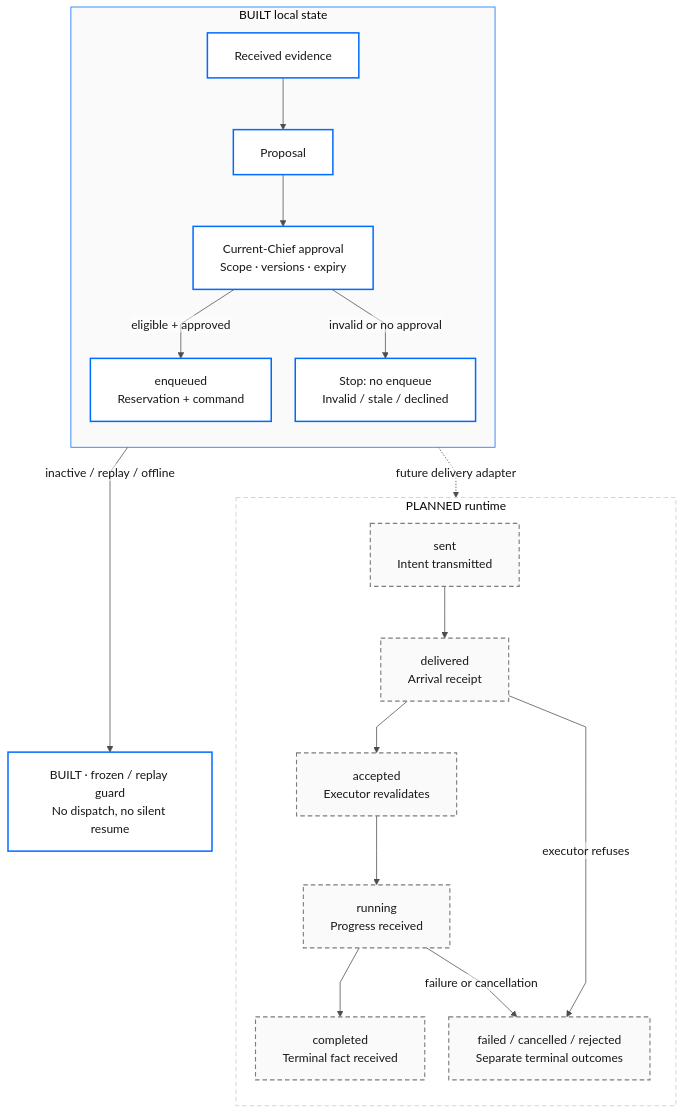
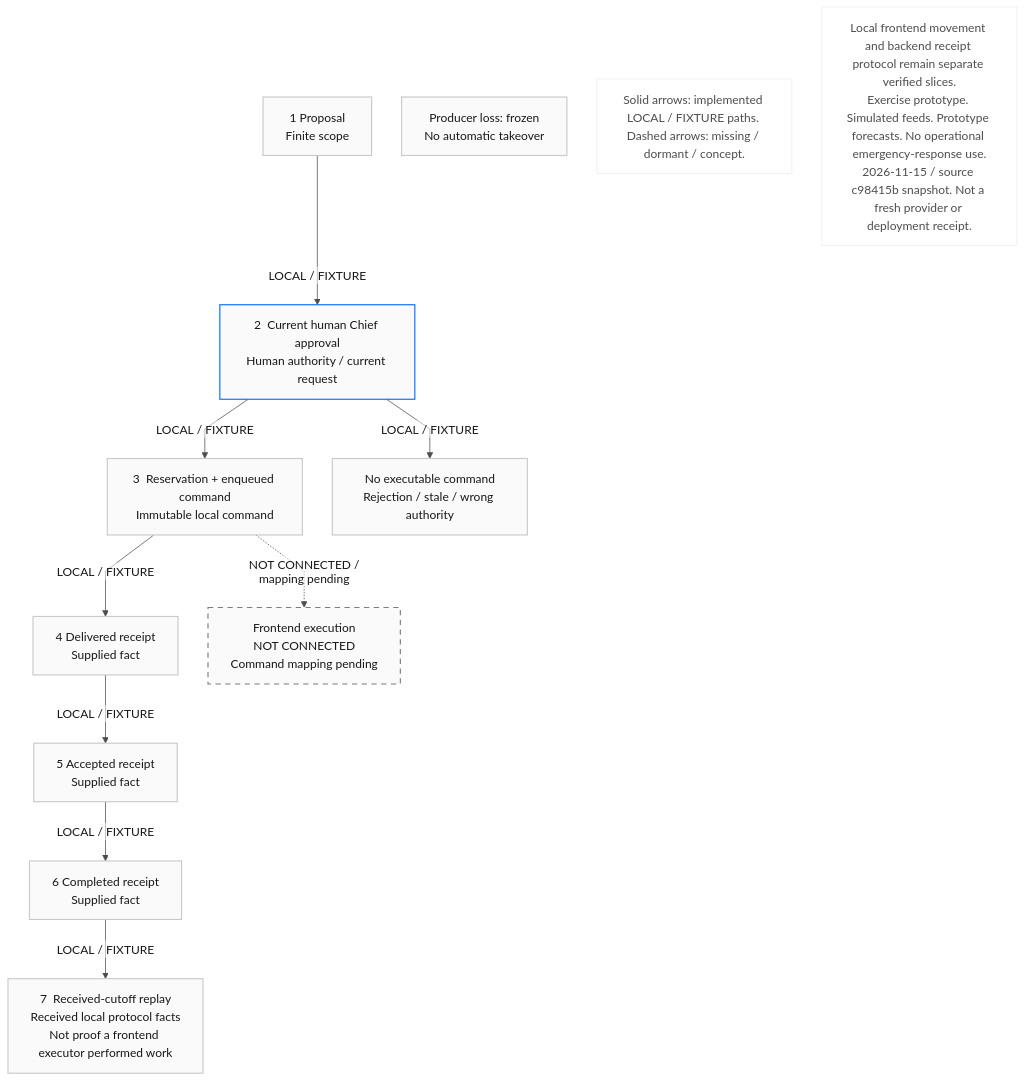
Before and after one commit to nikolas-sapa/FIREYE: the diagram in docs/assets/readme/mission-lifecycle.mmd, drawn with Mermaid. The commit also changed 16 other files, not shown here.

First line of the commit message:
Keep demo diagrams aligned with implemented exercise boundaries

```diff
--- a/docs/assets/readme/mission-lifecycle.mmd
+++ b/docs/assets/readme/mission-lifecycle.mmd
@@ -1,40 +1,32 @@
-%%{init: {"theme":"base","fontFamily":"Geist Sans","fontSize":18,"themeVariables":{"background":"#ffffff","primaryColor":"#fafafa","primaryTextColor":"#171717","primaryBorderColor":"#8f8f8f","lineColor":"#4d4d4d","secondaryColor":"#ffffff","tertiaryColor":"#fafafa","clusterBkg":"#fafafa","clusterBorder":"#c9c9c9","edgeLabelBackground":"#ffffff"},"flowchart":{"htmlLabels":false,"curve":"linear","nodeSpacing":32,"rankSpacing":44,"padding":18}}}%%
+%%{init: {"theme":"base","fontFamily":"Geist Sans","fontSize":22,"themeVariables":{"primaryColor":"#fafafa","primaryTextColor":"#171717","primaryBorderColor":"#c9c9c9","lineColor":"#4d4d4d","edgeLabelBackground":"#ffffff"},"flowchart":{"htmlLabels":false,"curve":"linear","nodeSpacing":40,"rankSpacing":56}}}%%
 graph TD
-  accTitle: Simulation mission lifecycle, distinct approval and receipt stages
-  accDescr: Received evidence leads to a proposal and a current-Chief approval check, then a locally enqueued command. Built pure functions validate this boundary and reduce receipt stages, but transport and executor runtime integration are not done. The intended runtime distinguishes sent, delivered, accepted, running and completed. Invalid or declined work stops without enqueueing. Delivery may be rejected. Frozen or replay mode does not dispatch; renewed scope requires fresh human approval, not silent retries.
-
-  subgraph LOCAL["BUILT local state"]
-    direction TB
-    EVIDENCE["Received evidence"]
-    PROPOSE["Proposal"]
-    APPROVE["Current-Chief approval<br/>Scope · versions · expiry"]
-    ENQUEUE["enqueued<br/>Reservation + command"]
-    STOP["Stop: no enqueue<br/>Invalid / stale / declined"]
-    EVIDENCE --> PROPOSE --> APPROVE
-    APPROVE -->|eligible + approved| ENQUEUE
-    APPROVE -->|invalid or no approval| STOP
-  end
-
-  subgraph RUNTIME["PLANNED runtime"]
-    direction TB
-    SENT["sent<br/>Intent transmitted"]
-    DELIVERED["delivered<br/>Arrival receipt"]
-    ACCEPTED["accepted<br/>Executor revalidates"]
-    RUNNING["running<br/>Progress received"]
-    COMPLETED["completed<br/>Terminal fact received"]
-    REJECTED["failed / cancelled / rejected<br/>Separate terminal outcomes"]
-    SENT --> DELIVERED --> ACCEPTED --> RUNNING --> COMPLETED
-    DELIVERED -->|executor refuses| REJECTED
-    RUNNING -->|failure or cancellation| REJECTED
-  end
-
-  HOLD["BUILT · frozen / replay guard<br/>No dispatch, no silent resume"]
-  ENQUEUE -. future delivery adapter .-> SENT
-  APPROVE -->|inactive / replay / offline| HOLD
-
-  classDef built fill:#ffffff,stroke:#006bff,stroke-width:2px,color:#171717;
-  classDef planned fill:#fafafa,stroke:#7d7d7d,stroke-width:1.5px,stroke-dasharray:6 4,color:#171717;
-  class EVIDENCE,PROPOSE,APPROVE,ENQUEUE,STOP,HOLD built;
-  class SENT,DELIVERED,ACCEPTED,RUNNING,COMPLETED,REJECTED planned;
-  style LOCAL fill:#fafafa,stroke:#006bff
-  style RUNTIME fill:#ffffff,stroke:#c9c9c9,stroke-dasharray:6 4
+  accTitle: Human approval. Traceable receipt stages.
+  accDescr: Implemented local protocol / fixture transitions. Receipts are supplied facts, not movement proof. Solid arrows: implemented LOCAL / FIXTURE paths. Dashed arrows: missing / dormant / concept. Local frontend movement and backend receipt protocol remain separate verified slices. Exercise prototype. Simulated feeds. Prototype forecasts. No operational emergency-response use. 2026-11-15 / source c98415b snapshot. Not a fresh provider or deployment receipt.
+  PROPOSAL["1  Proposal<br/>Finite scope"]
+  APPROVAL["2  Current human Chief approval<br/>Human authority / current request"]
+  COMMAND["3  Reservation + enqueued command<br/>Immutable local command"]
+  STOP["No executable command<br/>Rejection / stale / wrong authority"]
+  DELIVERED["4  Delivered receipt<br/>Supplied fact"]
+  ACCEPTED["5  Accepted receipt<br/>Supplied fact"]
+  COMPLETED["6  Completed receipt<br/>Supplied fact"]
+  REPLAY["7  Received-cutoff replay<br/>Received local protocol facts<br/>Not proof a frontend executor performed work"]
+  EXECUTOR["Frontend execution<br/>NOT CONNECTED<br/>Command mapping pending"]
+  LOSS["Producer loss: frozen<br/>No automatic takeover"]
+  PROPOSAL -- "LOCAL / FIXTURE" --> APPROVAL
+  APPROVAL -- "LOCAL / FIXTURE" --> COMMAND
+  APPROVAL -- "LOCAL / FIXTURE" --> STOP
+  COMMAND -- "LOCAL / FIXTURE" --> DELIVERED
+  DELIVERED -- "LOCAL / FIXTURE" --> ACCEPTED
+  ACCEPTED -- "LOCAL / FIXTURE" --> COMPLETED
+  COMPLETED -- "LOCAL / FIXTURE" --> REPLAY
+  COMMAND -. "NOT CONNECTED / mapping pending" .-> EXECUTOR
+  LEGEND["Solid arrows: implemented LOCAL / FIXTURE paths. Dashed arrows: missing / dormant / concept."]
+  BOUNDARY["Local frontend movement and backend receipt protocol remain separate verified slices.<br/>Exercise prototype. Simulated feeds. Prototype forecasts. No operational emergency-response use.<br/>2026-11-15 / source c98415b snapshot. Not a fresh provider or deployment receipt."]
+  classDef local fill:#fafafa,stroke:#c9c9c9,stroke-width:1.5px,color:#171717;
+  classDef authority fill:#fafafa,stroke:#006bff,stroke-width:1.5px,color:#171717;
+  classDef pending fill:#fafafa,stroke:#7d7d7d,stroke-width:1.5px,stroke-dasharray:7 6,color:#171717;
+  classDef note fill:#ffffff,stroke:#ebebeb,color:#4d4d4d;
+  class PROPOSAL,APPROVAL,COMMAND,STOP,DELIVERED,ACCEPTED,COMPLETED,REPLAY,LOSS local;
+  class APPROVAL authority;
+  class EXECUTOR pending;
+  class LEGEND,BOUNDARY note;
```
